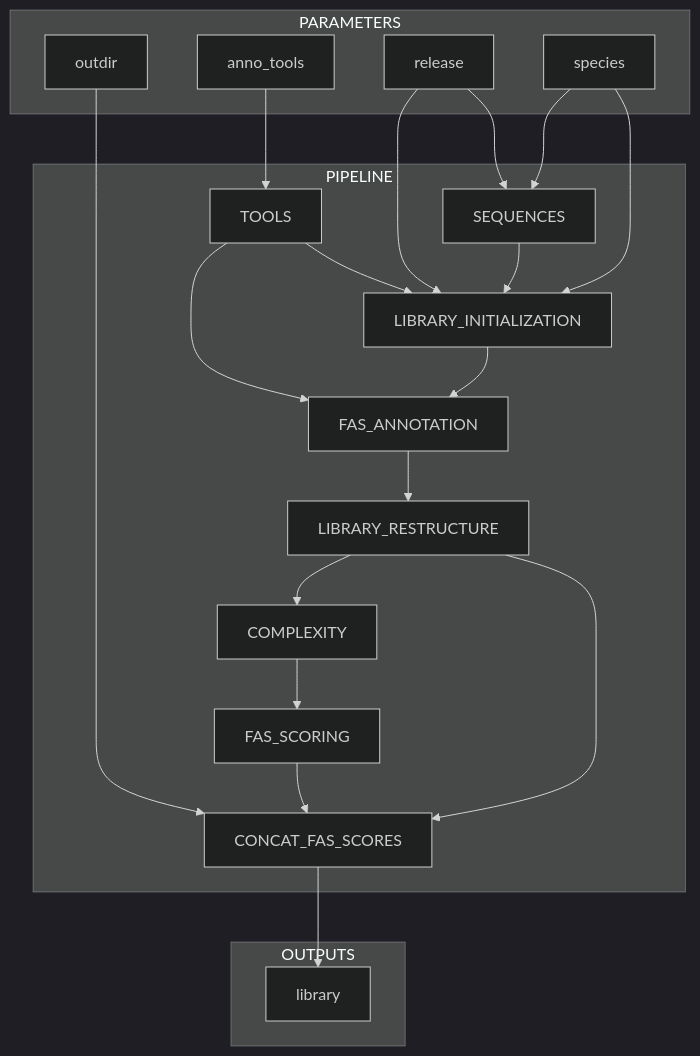
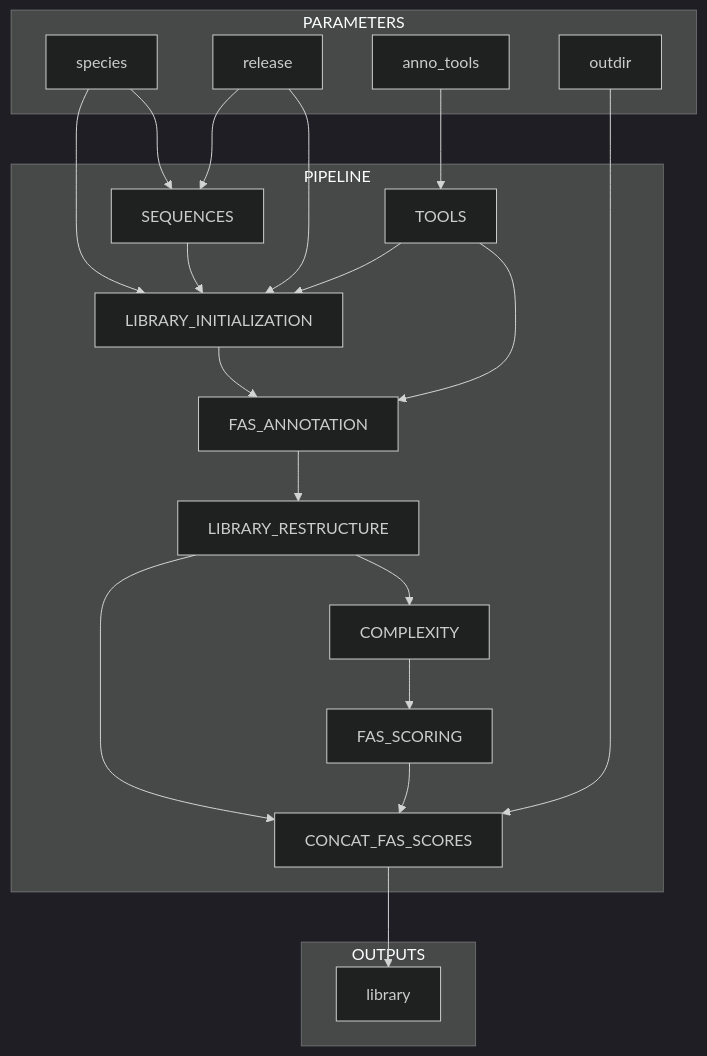
The diagram in README.md (felixhaidle/spice-nf), drawn with Mermaid (dark theme) before and after one commit.

Commit message:
re-oreder graph again

````diff
--- a/README.md
+++ b/README.md
@@ -13,54 +13,57 @@
 ```mermaid
 flowchart TB
     %% Parameters %%
     subgraph PARAMETERS
+    species[species]
+    release[release]
+    anno_tools[anno_tools]
     outdir[outdir]
-    anno_tools[anno_tools]
-    release[release]
-    species[species]
+
+
+
     end
 
     %% Processes %%
     subgraph PIPELINE
         SEQUENCES[SEQUENCES]
         TOOLS[TOOLS]
         LIBRARY_INITIALIZATION[LIBRARY_INITIALIZATION]
         FAS_ANNOTATION[FAS_ANNOTATION]
         LIBRARY_RESTRUCTURE[LIBRARY_RESTRUCTURE]
         FAS_SCORING[FAS_SCORING]
         CONCAT_FAS_SCORES[CONCAT_FAS_SCORES]
         COMPLEXITY[COMPLEXITY]
     end
 
     %% Outputs %%
     subgraph OUTPUTS
         library[library]
     end
 
     %% Connections %%
     species --> SEQUENCES
     SEQUENCES --> LIBRARY_INITIALIZATION
 
     species --> LIBRARY_INITIALIZATION
     release --> LIBRARY_INITIALIZATION
     release --> SEQUENCES
 
     anno_tools --> TOOLS
 
     TOOLS --> FAS_ANNOTATION
     TOOLS --> LIBRARY_INITIALIZATION
 
     LIBRARY_INITIALIZATION --> FAS_ANNOTATION
     FAS_ANNOTATION --> LIBRARY_RESTRUCTURE
 
     LIBRARY_RESTRUCTURE --> COMPLEXITY
     LIBRARY_RESTRUCTURE --> CONCAT_FAS_SCORES
 
 
     COMPLEXITY --> FAS_SCORING
 
     FAS_SCORING --> CONCAT_FAS_SCORES
     outdir --> CONCAT_FAS_SCORES
 
     CONCAT_FAS_SCORES --> library
 ```
````
